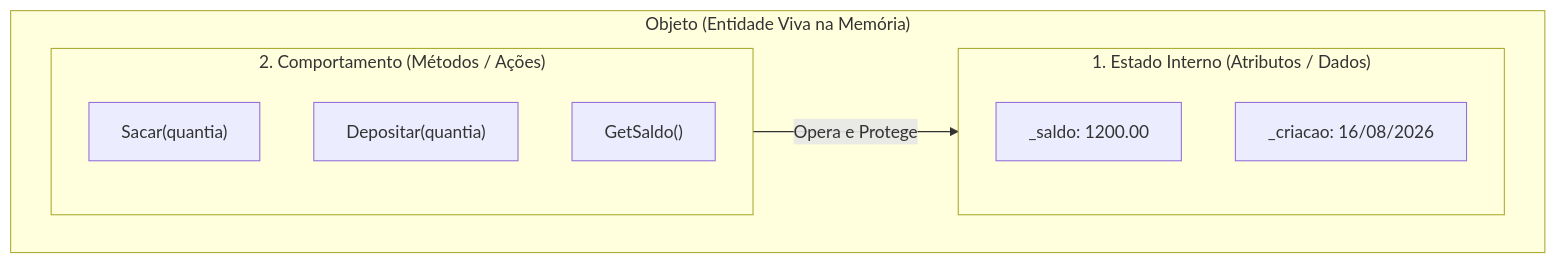
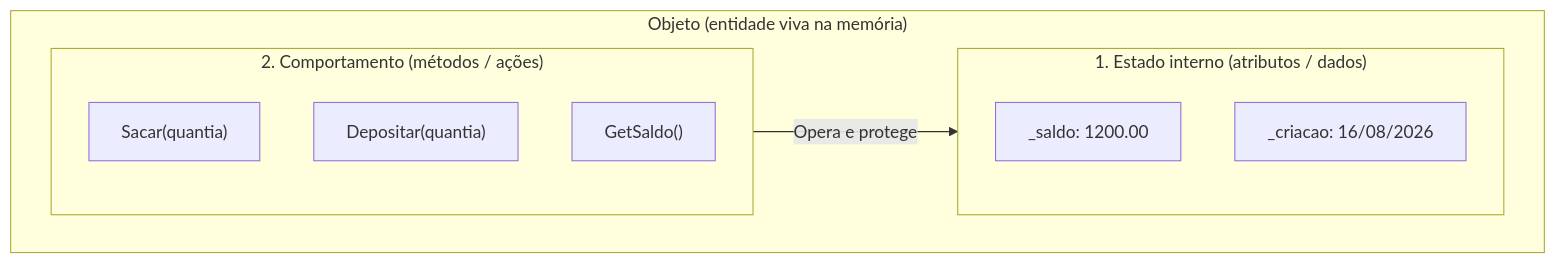
The first of 3 diagrams in 01. Programacao Modular/04. Programação orientada a objetos e acoplamento.md (leorruas/puc), drawn with Mermaid before and after one commit. The commit also changed other lines of this file and 13 other files, not shown here.

````diff
--- a/01. Programacao Modular/04. Programação orientada a objetos e acoplamento.md
+++ b/01. Programacao Modular/04. Programação orientada a objetos e acoplamento.md
@@ -49,15 +49,15 @@
 ```mermaid
 flowchart TD
-    subgraph Objeto ["Objeto (Entidade Viva na Memória)"]
-        subgraph Estado ["1. Estado Interno (Atributos / Dados)"]
+    subgraph Objeto ["Objeto (entidade viva na memória)"]
+        subgraph Estado ["1. Estado interno (atributos / dados)"]
             A1["_saldo: 1200.00"]
             A2["_criacao: 16/08/2026"]
         end
-        subgraph Comportamento ["2. Comportamento (Métodos / Ações)"]
+        subgraph Comportamento ["2. Comportamento (métodos / ações)"]
             M1["Sacar(quantia)"]
             M2["Depositar(quantia)"]
             M3["GetSaldo()"]
         end
-        Comportamento -->|Opera e Protege| Estado
+        Comportamento -->|Opera e protege| Estado
     end
 ```
````
